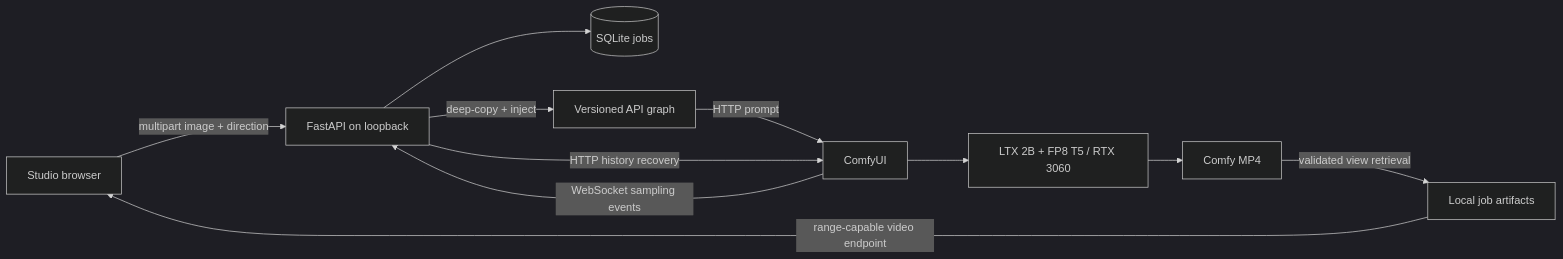
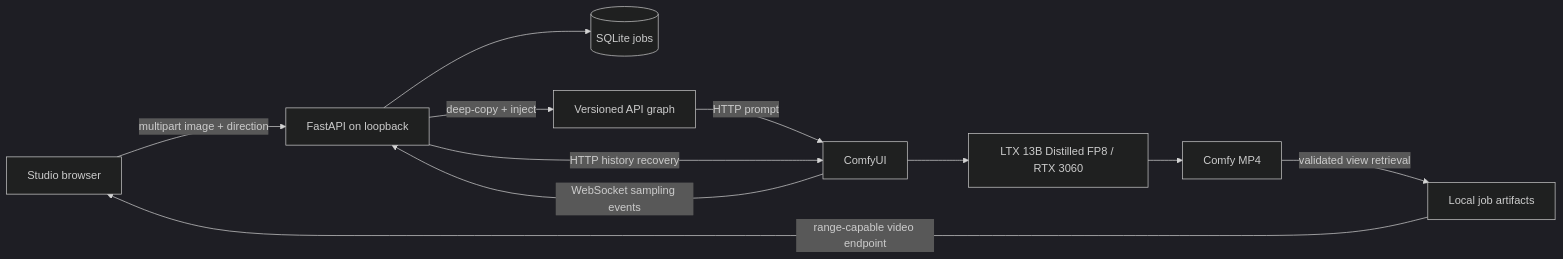
One commit to karatarassul4-max/opencinema-studio changed the diagram in README.md. Above: the diagram before and after it, drawn with Mermaid (dark theme). The commit also changed other lines of this file, not shown here.

Commit message:
docs: update setup for LTX-Video 13B

````diff
--- a/README.md
+++ b/README.md
@@ -84,13 +106,13 @@
 ```mermaid
 flowchart LR
   UI[Studio browser] -->|multipart image + direction| API[FastAPI on loopback]
   API --> DB[(SQLite jobs)]
   API -->|deep-copy + inject| Graph[Versioned API graph]
   Graph -->|HTTP prompt| Comfy[ComfyUI]
   Comfy -->|WebSocket sampling events| API
   API -->|HTTP history recovery| Comfy
-  Comfy --> GPU[LTX 2B + FP8 T5 / RTX 3060]
+  Comfy --> GPU[LTX 13B Distilled FP8 / RTX 3060]
   GPU --> Output[Comfy MP4]
   Output -->|validated view retrieval| Files[Local job artifacts]
   Files -->|range-capable video endpoint| UI
 ```
````
